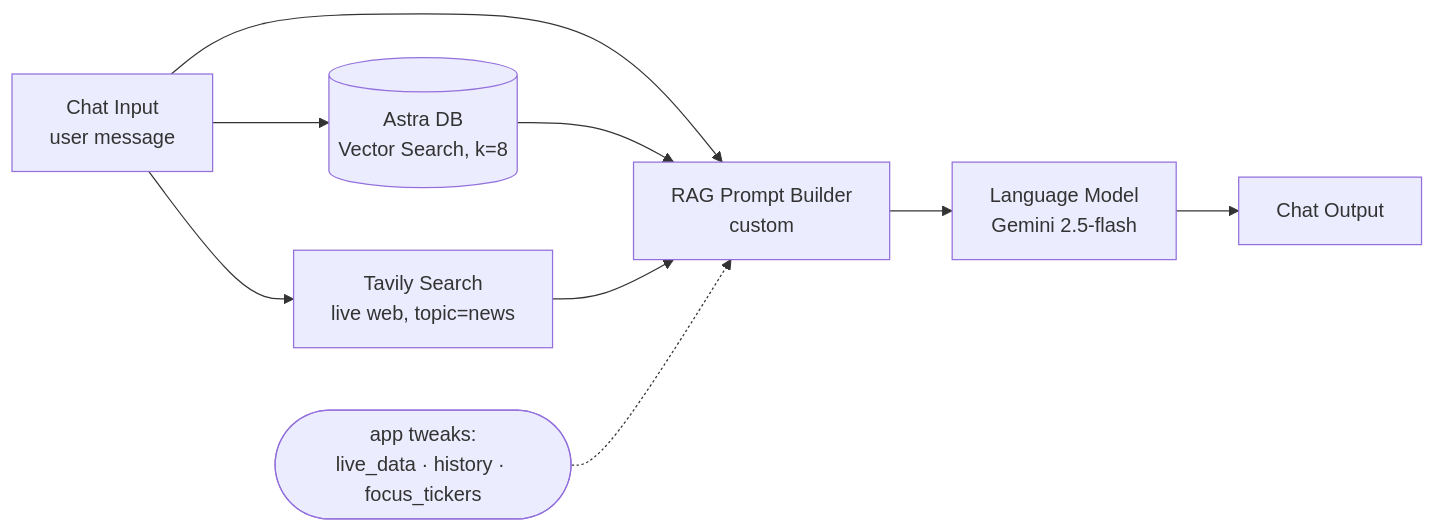
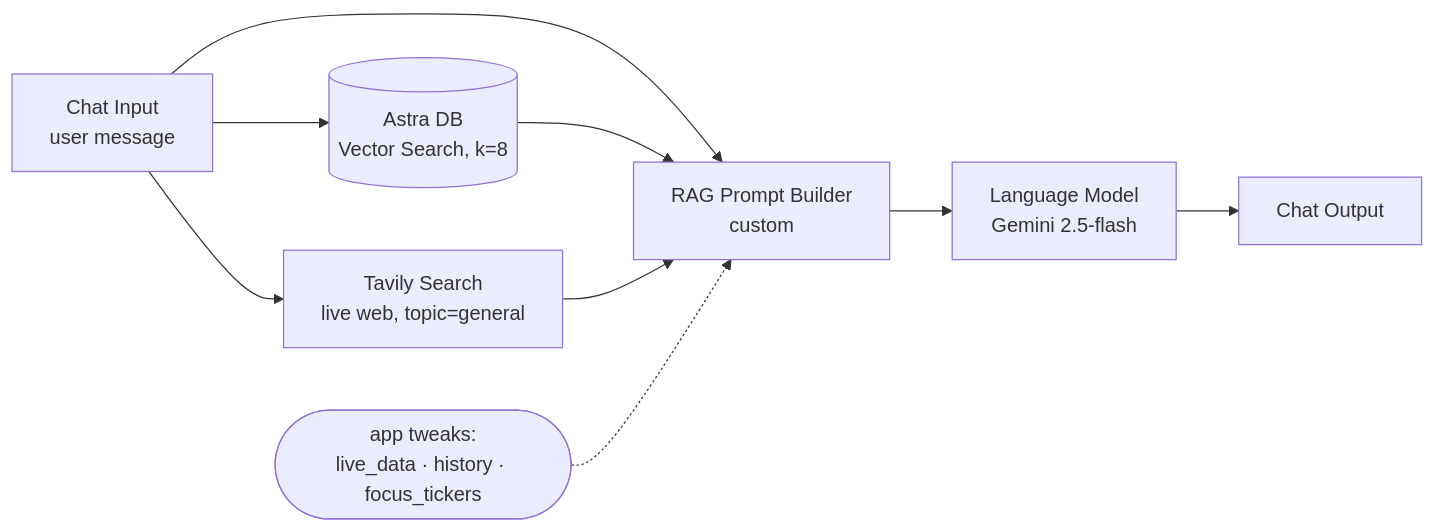
Before and after one commit to HarshitBadam/trade-intel: the second of 2 diagrams in langflow/README.md, drawn with Mermaid. The commit also changed other lines of this file and 13 other files, not shown here.

Commit message:
feat(stocksage): bake polished prompt into chat flow, add clickable citations, accessible send button, date grounding, and a live-quote fallback when the AI is unreachable

````diff
--- a/langflow/README.md
+++ b/langflow/README.md
@@ -62,11 +62,11 @@
 ```mermaid
 flowchart LR
     A[Chat Input<br/>user message] --> B[(Astra DB<br/>Vector Search, k=8)]
-    A --> W[Tavily Search<br/>live web, topic=news]
+    A --> W[Tavily Search<br/>live web, topic=general]
     A --> C[RAG Prompt Builder<br/>custom]
     B --> C
     W --> C
     C --> D[Language Model<br/>Gemini 2.5-flash]
     D --> E[Chat Output]
     F([app tweaks:<br/>live_data · history · focus_tickers]) -.-> C
 ```
````
